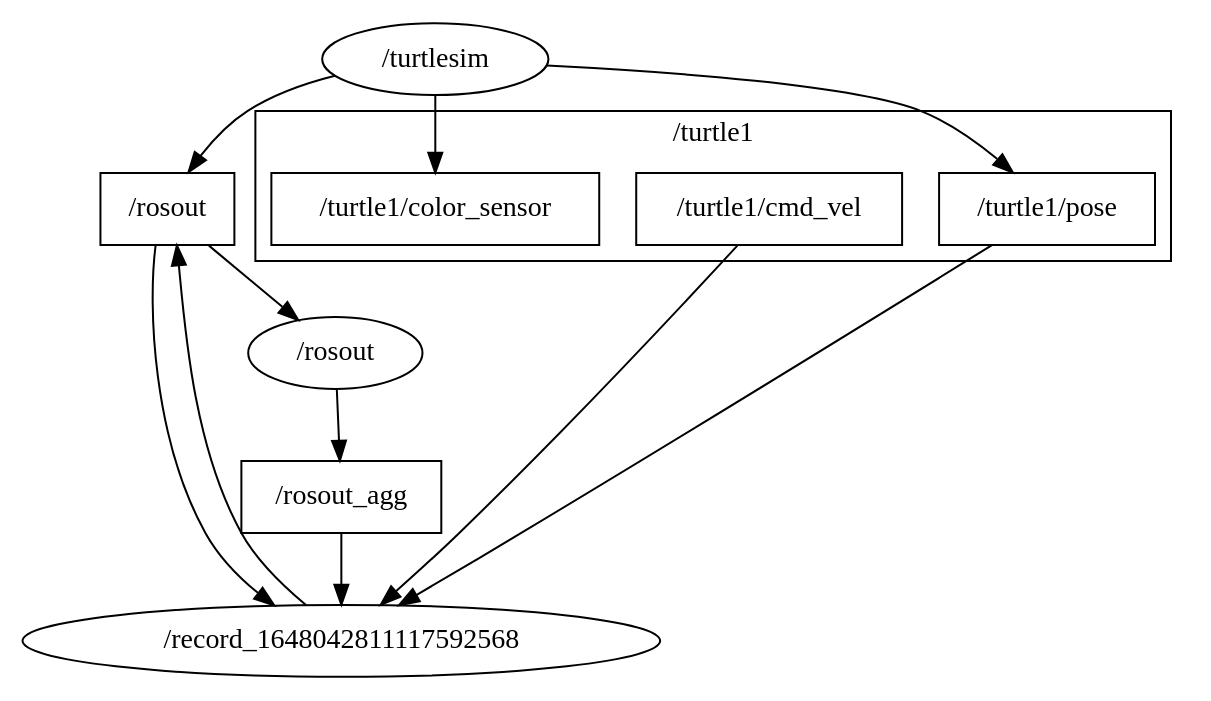
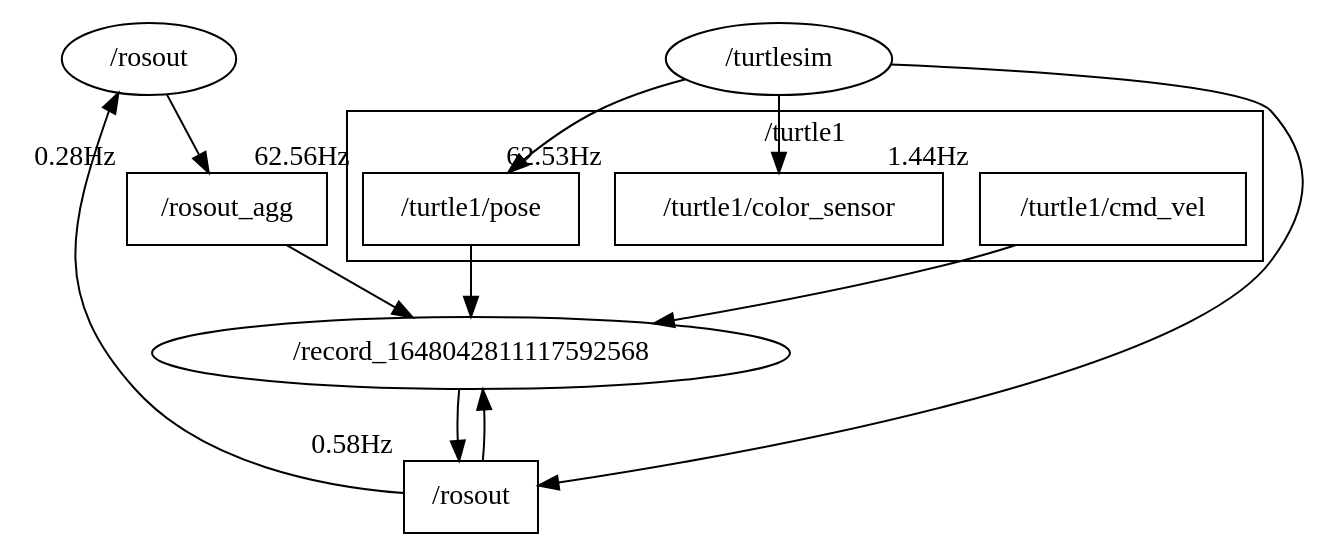
Before and after one commit to S2-group/rosbag-extractor: the diagram in graphs/ros1/turtlesim/turtlesim.dot, drawn with Graphviz. The commit also changed 12 other files, not shown here.

```diff
--- a/graphs/ros1/turtlesim/turtlesim.dot
+++ b/graphs/ros1/turtlesim/turtlesim.dot
@@ -1,38 +1,38 @@
 digraph "./bagfiles/ros1/turtlesim/turtlesim" {
-	"/rosout" [label="/rosout" shape=rectangle]
-	"/rosout_agg" [label="/rosout_agg" shape=rectangle]
-	"/turtle1/cmd_vel" [label="/turtle1/cmd_vel" shape=rectangle]
-	"/turtle1/color_sensor" [label="/turtle1/color_sensor" shape=rectangle]
-	"/turtle1/pose" [label="/turtle1/pose" shape=rectangle]
+	"/fixed node" [label="/rosout" shape=oval]
+	"/rosout" [label="/rosout" xlabel="0.58Hz" shape=rectangle]
+	"/rosout_agg" [label="/rosout_agg" xlabel="0.28Hz" shape=rectangle]
+	"/turtle1/cmd_vel" [label="/turtle1/cmd_vel" xlabel="1.44Hz" shape=rectangle]
+	"/turtle1/color_sensor" [label="/turtle1/color_sensor" xlabel="62.53Hz" shape=rectangle]
+	"/turtle1/pose" [label="/turtle1/pose" xlabel="62.56Hz" shape=rectangle]
 	subgraph cluster_turtle1 {
-		"/turtle1/cmd_vel" [label="/turtle1/cmd_vel" shape=rectangle]
-		"/turtle1/color_sensor" [label="/turtle1/color_sensor" shape=rectangle]
-		"/turtle1/pose" [label="/turtle1/pose" shape=rectangle]
+		"/turtle1/cmd_vel" [label="/turtle1/cmd_vel" xlabel="1.44Hz" shape=rectangle]
+		"/turtle1/color_sensor" [label="/turtle1/color_sensor" xlabel="62.53Hz" shape=rectangle]
+		"/turtle1/pose" [label="/turtle1/pose" xlabel="62.56Hz" shape=rectangle]
 		label="/turtle1"
 	}
 	subgraph cluster_turtle1 {
-		"/turtle1/cmd_vel" [label="/turtle1/cmd_vel" shape=rectangle]
-		"/turtle1/color_sensor" [label="/turtle1/color_sensor" shape=rectangle]
-		"/turtle1/pose" [label="/turtle1/pose" shape=rectangle]
+		"/turtle1/cmd_vel" [label="/turtle1/cmd_vel" xlabel="1.44Hz" shape=rectangle]
+		"/turtle1/color_sensor" [label="/turtle1/color_sensor" xlabel="62.53Hz" shape=rectangle]
+		"/turtle1/pose" [label="/turtle1/pose" xlabel="62.56Hz" shape=rectangle]
 		label="/turtle1"
 	}
 	subgraph cluster_turtle1 {
-		"/turtle1/cmd_vel" [label="/turtle1/cmd_vel" shape=rectangle]
-		"/turtle1/color_sensor" [label="/turtle1/color_sensor" shape=rectangle]
-		"/turtle1/pose" [label="/turtle1/pose" shape=rectangle]
+		"/turtle1/cmd_vel" [label="/turtle1/cmd_vel" xlabel="1.44Hz" shape=rectangle]
+		"/turtle1/color_sensor" [label="/turtle1/color_sensor" xlabel="62.53Hz" shape=rectangle]
+		"/turtle1/pose" [label="/turtle1/pose" xlabel="62.56Hz" shape=rectangle]
 		label="/turtle1"
 	}
+	"/rosout" -> "/fixed node"
+	"/fixed node" -> "/rosout_agg"
 	"/record_1648042811117592568" [label="/record_1648042811117592568" shape=oval]
 	"/turtlesim" [label="/turtlesim" shape=oval]
 	"/record_1648042811117592568" -> "/rosout"
+	"/turtlesim" -> "/turtle1/color_sensor"
+	"/turtlesim" -> "/rosout"
 	"/turtlesim" -> "/turtle1/pose"
-	"/turtlesim" -> "/rosout"
-	"/turtlesim" -> "/turtle1/color_sensor"
 	"/rosout" -> "/record_1648042811117592568"
 	"/rosout_agg" -> "/record_1648042811117592568"
 	"/turtle1/pose" -> "/record_1648042811117592568"
 	"/turtle1/cmd_vel" -> "/record_1648042811117592568"
-	"/fixed node" [label="/rosout" shape=oval]
-	"/rosout" -> "/fixed node"
-	"/fixed node" -> "/rosout_agg"
 }
```
